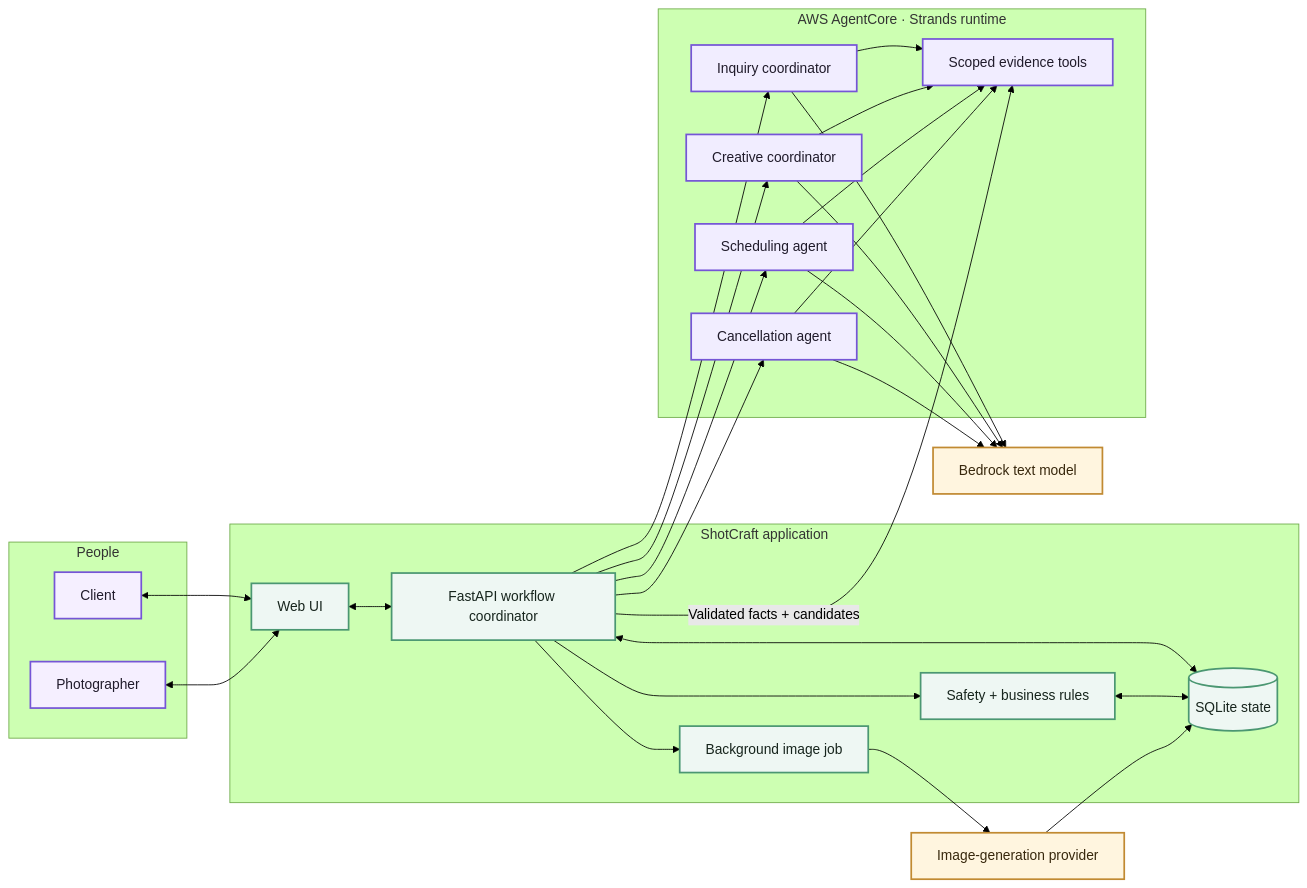
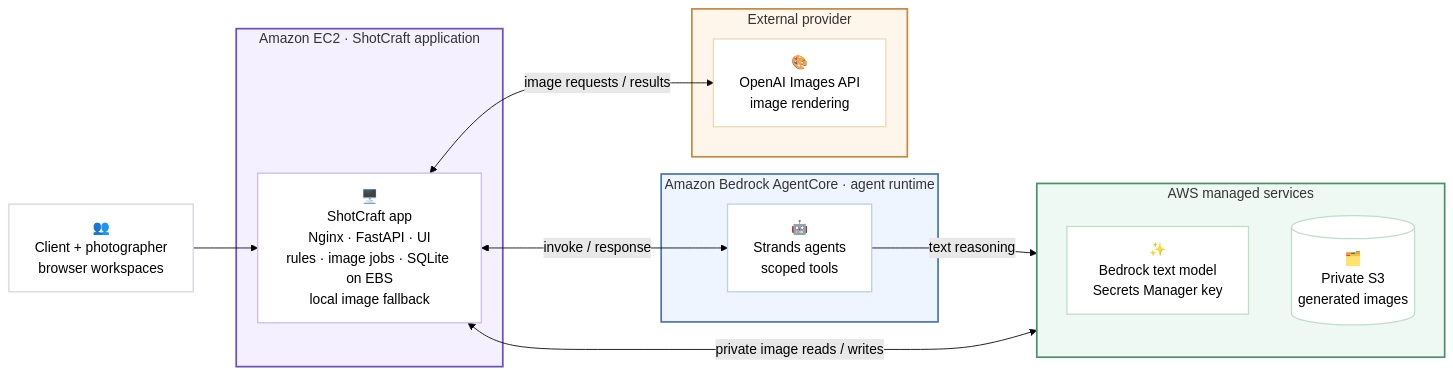
Before and after one commit to shasha-codes/ShotCraft: the second of 5 diagrams in README.md, drawn with Mermaid (forest theme). The commit also changed other lines of this file and 13 other files, not shown here.

````diff
--- a/README.md
+++ b/README.md
@@ -42,58 +84,38 @@
 ```mermaid
 flowchart LR
-    subgraph Humans[People]
-        Client[Client]
-        Photographer[Photographer]
+    People["👥<br/>Client + photographer<br/>browser workspaces"] --> App
+
+    subgraph EC2["Amazon EC2 · ShotCraft application"]
+        App["🖥️<br/>ShotCraft app<br/>Nginx · FastAPI · UI<br/>rules · image jobs · SQLite on EBS<br/>local image fallback"]
     end
 
-    subgraph App[ShotCraft application]
-        UI[Web UI]
-        API[FastAPI workflow coordinator]
-        Rules[Safety + business rules]
-        DB[(SQLite state)]
-        Images[Background image job]
+    subgraph Core["Amazon Bedrock AgentCore · agent runtime"]
+        Strands["🤖<br/>Strands agents<br/>scoped tools"]
     end
 
-    subgraph AI[AWS AgentCore · Strands runtime]
-        Intake[Inquiry coordinator]
-        Creative[Creative coordinator]
-        Schedule[Scheduling agent]
-        Cancel[Cancellation agent]
-        Tools[Scoped evidence tools]
+    subgraph AWS["AWS managed services"]
+        direction TB
+        Text["✨<br/>Bedrock text model<br/>Secrets Manager key"]
+        S3[("🗂️<br/>Private S3<br/>generated images")]
     end
 
-    Bedrock[Bedrock text model]
-    ImageProvider[Image-generation provider]
+    subgraph External["External provider"]
+        OpenAI["🎨<br/>OpenAI Images API<br/>image rendering"]
+    end
 
-    Client <--> UI
-    Photographer <--> UI
-    UI <--> API
-    API <--> DB
-    API --> Intake
-    API --> Creative
-    API --> Schedule
-    API --> Cancel
-    Intake --> Bedrock
-    Creative --> Bedrock
-    Schedule --> Bedrock
-    Cancel --> Bedrock
-    Intake --> Tools
-    Creative --> Tools
-    Schedule --> Tools
-    Cancel --> Tools
-    API -->|Validated facts + candidates| Tools
-    API --> Rules
-    Rules <--> DB
-    API --> Images
-    Images --> ImageProvider
-    ImageProvider --> DB
+    App <-->|"invoke / response"| Strands
+    Strands -->|"text reasoning"| Text
+    App <-->|"image requests / results"| OpenAI
+    App <-->|"private image reads / writes"| S3
 
-    classDef human fill:#f5efff,stroke:#7555d6,stroke-width:2px,color:#201b2b;
-    classDef app fill:#eef7f3,stroke:#4b9772,stroke-width:2px,color:#17251d;
-    classDef agent fill:#f1edff,stroke:#7555d6,stroke-width:2px,color:#201b2b;
-    classDef external fill:#fff5df,stroke:#c18a32,stroke-width:2px,color:#38280d;
-    class Client,Photographer human;
-    class UI,API,Rules,DB,Images app;
-    class Intake,Creative,Schedule,Cancel,Tools agent;
-    class Bedrock,ImageProvider external;
+    style EC2 fill:#f4f0ff,stroke:#6b50c4,stroke-width:2px
+    style Core fill:#eef5ff,stroke:#4876b8,stroke-width:2px
+    style AWS fill:#eff9f4,stroke:#4b916a,stroke-width:2px
+    style External fill:#fff6eb,stroke:#c58b43,stroke-width:2px
+    style People fill:#ffffff,stroke:#d9d3e7,stroke-width:1.5px
+    style App fill:#ffffff,stroke:#cbbcf5,stroke-width:1.5px
+    style Strands fill:#ffffff,stroke:#bbd0ed,stroke-width:1.5px
+    style Text fill:#ffffff,stroke:#bddfc9,stroke-width:1.5px
+    style S3 fill:#ffffff,stroke:#bddfc9,stroke-width:1.5px
+    style OpenAI fill:#ffffff,stroke:#efd8b7,stroke-width:1.5px
 ```
````
